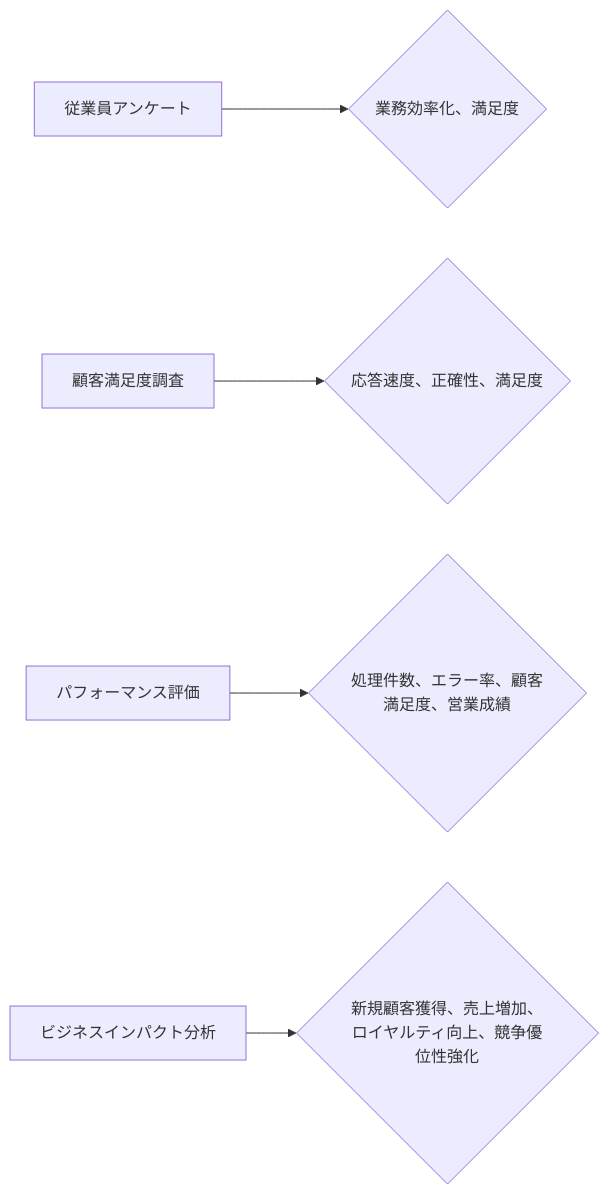
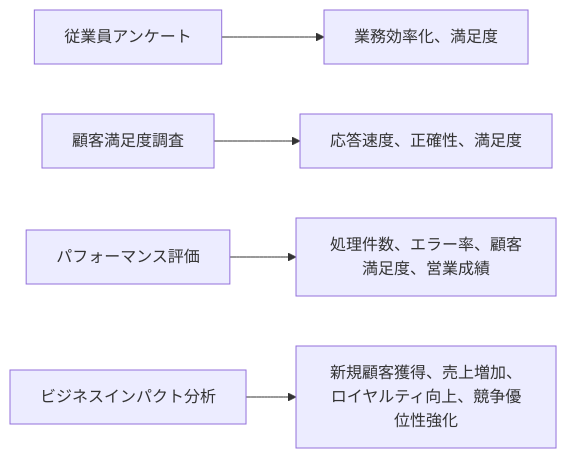
One commit to SparklingDetergent/doc_genai_How_to_evaluate_the_cost-effectiveness_of_using_generative_AI_for_business_purposes changed the fifth of 16 diagrams in README.md. Above: the diagram before and after it, drawn with Mermaid. The commit also changed other lines of this file, not shown here.

````diff
--- a/README.md
+++ b/README.md
@@ -165,7 +176,7 @@
 ```mermaid
 graph LR
-    A[従業員アンケート] --> B{業務効率化、満足度}
-    C[顧客満足度調査] --> D{応答速度、正確性、満足度}
-    E[パフォーマンス評価] --> F{処理件数、エラー率、顧客満足度、営業成績}
-    G[ビジネスインパクト分析] --> H{新規顧客獲得、売上増加、ロイヤルティ向上、競争優位性強化}
+    A[従業員アンケート] --> B[業務効率化、満足度]
+    C[顧客満足度調査] --> D[応答速度、正確性、満足度]
+    E[パフォーマンス評価] --> F[処理件数、エラー率、顧客満足度、営業成績]
+    G[ビジネスインパクト分析] --> H[新規顧客獲得、売上増加、ロイヤルティ向上、競争優位性強化]
 ```
````
